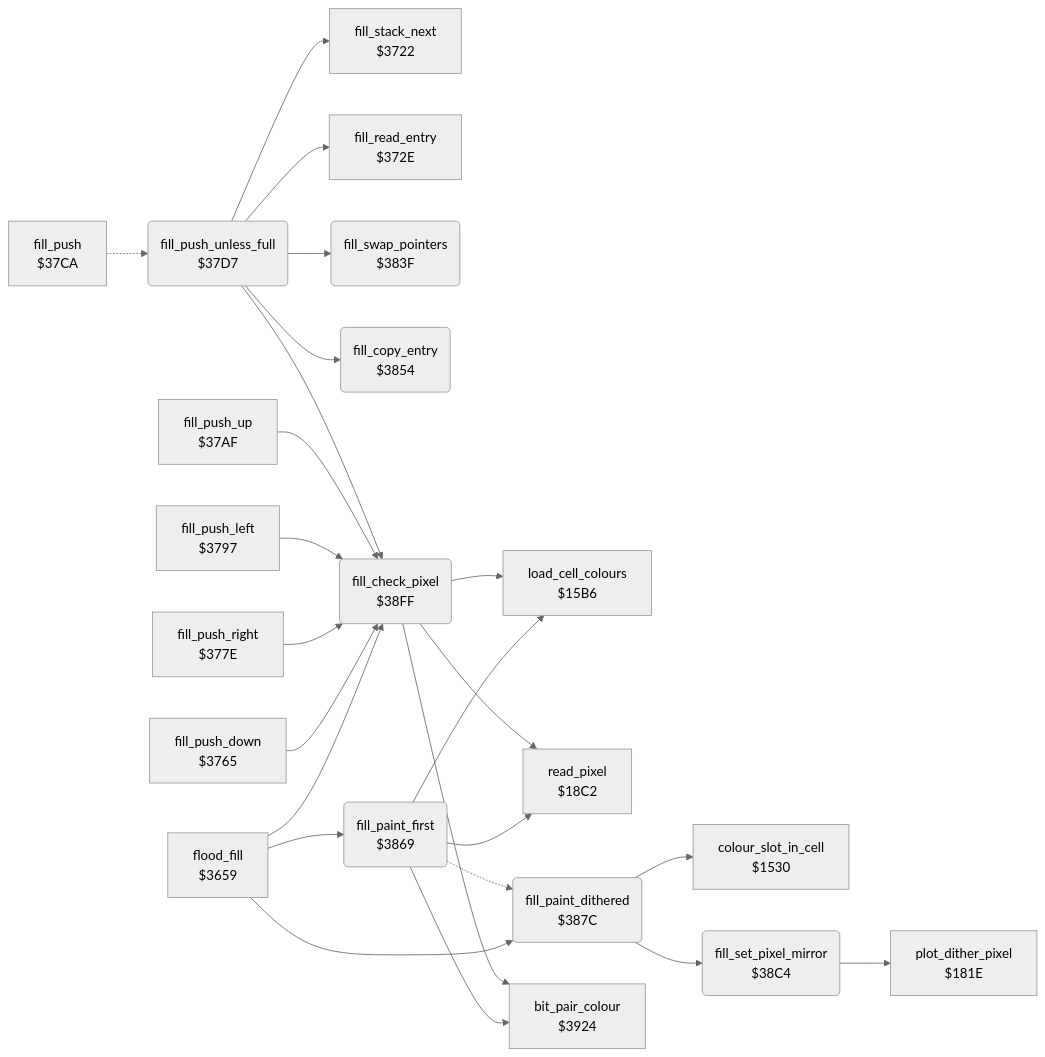
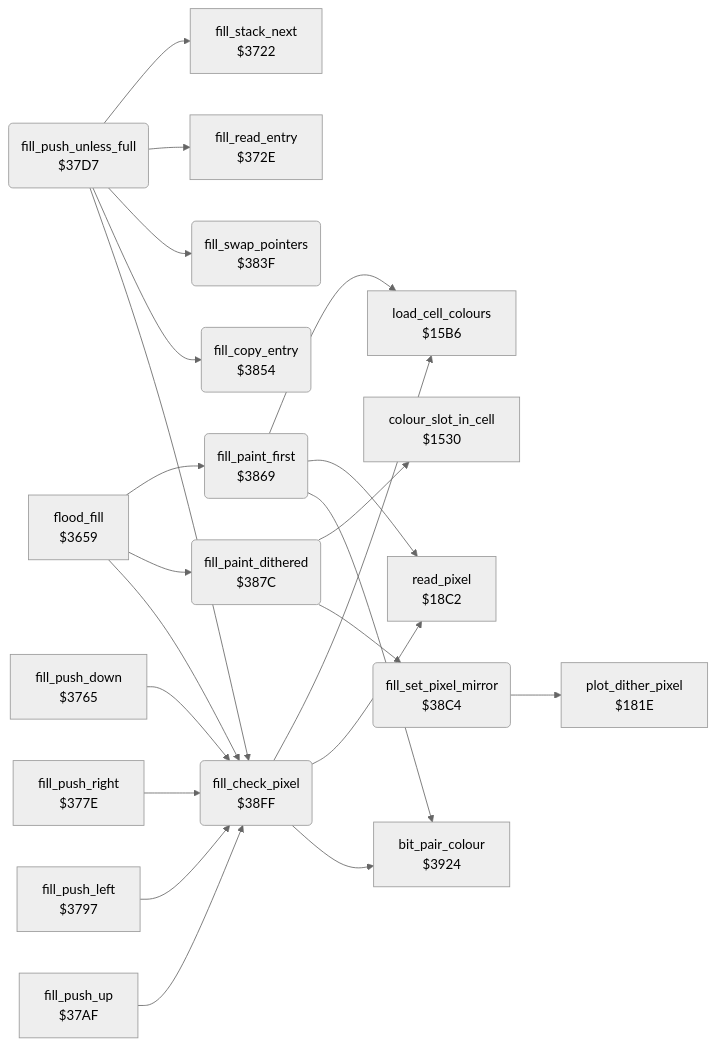
Before and after one commit to henols/c64_games: the diagram in koala_painter/v1/docs/reference/modules/tools/fill_37d7.md, drawn with Mermaid (neutral theme). The commit also changed other lines of this file and 1100 other files, not shown here.

````diff
--- a/koala_painter/v1/docs/reference/modules/tools/fill_37d7.md
+++ b/koala_painter/v1/docs/reference/modules/tools/fill_37d7.md
@@ -10,46 +23,43 @@
 ```mermaid
 flowchart LR
   n1530["colour_slot_in_cell<br/>$1530"]
   n15b6["load_cell_colours<br/>$15B6"]
   n181e["plot_dither_pixel<br/>$181E"]
   n18c2["read_pixel<br/>$18C2"]
   n3659["flood_fill<br/>$3659"]
   n3722["fill_stack_next<br/>$3722"]
   n372e["fill_read_entry<br/>$372E"]
   n3765["fill_push_down<br/>$3765"]
   n377e["fill_push_right<br/>$377E"]
   n3797["fill_push_left<br/>$3797"]
   n37af["fill_push_up<br/>$37AF"]
-  n37ca["fill_push<br/>$37CA"]
   n37d7("fill_push_unless_full<br/>$37D7")
   n383f("fill_swap_pointers<br/>$383F")
   n3854("fill_copy_entry<br/>$3854")
   n3869("fill_paint_first<br/>$3869")
   n387c("fill_paint_dithered<br/>$387C")
   n38c4("fill_set_pixel_mirror<br/>$38C4")
   n38ff("fill_check_pixel<br/>$38FF")
   n3924["bit_pair_colour<br/>$3924"]
   n3659 --> n3869
   n3659 --> n387c
   n3659 --> n38ff
   n3765 --> n38ff
   n377e --> n38ff
   n3797 --> n38ff
   n37af --> n38ff
-  n37ca -.-> n37d7
   n37d7 --> n3722
   n37d7 --> n372e
   n37d7 --> n383f
   n37d7 --> n3854
   n37d7 --> n38ff
   n3869 --> n15b6
   n3869 --> n18c2
-  n3869 -.-> n387c
   n3869 --> n3924
   n387c --> n1530
   n387c --> n38c4
   n38c4 --> n181e
   n38ff --> n15b6
   n38ff --> n18c2
   n38ff --> n3924
 ```
````
